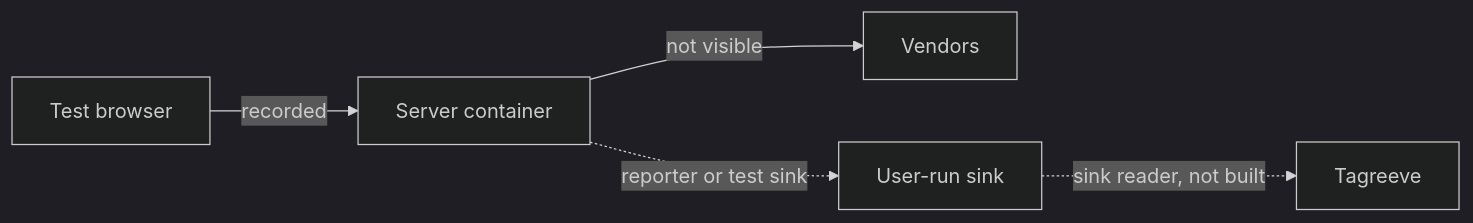
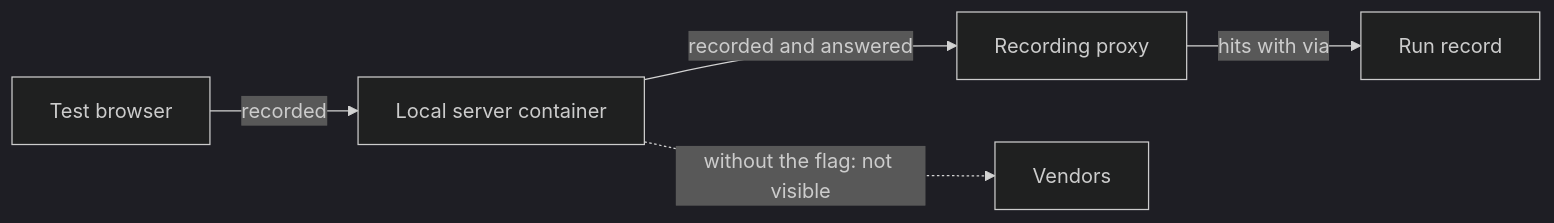
One commit to alfhen/pingwright changed the second of 2 diagrams in docs/design.md. Above: the diagram before and after it, drawn with Mermaid (dark theme). The commit also changed other lines of this file and 22 other files, not shown here.

````diff
--- a/docs/design.md
+++ b/docs/design.md
@@ -326,7 +326,7 @@
 ```mermaid
 flowchart LR
-  B[Test browser] -->|recorded| S[Server container]
-  S -->|not visible| V[Vendors]
-  S -.->|reporter or test sink| K[User-run sink]
-  K -.->|sink reader, not built| P[Tagreeve]
+  B[Test browser] -->|recorded| S[Local server container]
+  S -->|recorded and answered| X[Recording proxy]
+  X -->|hits with via| R[Run record]
+  S -.->|without the flag: not visible| V[Vendors]
 ```
````
